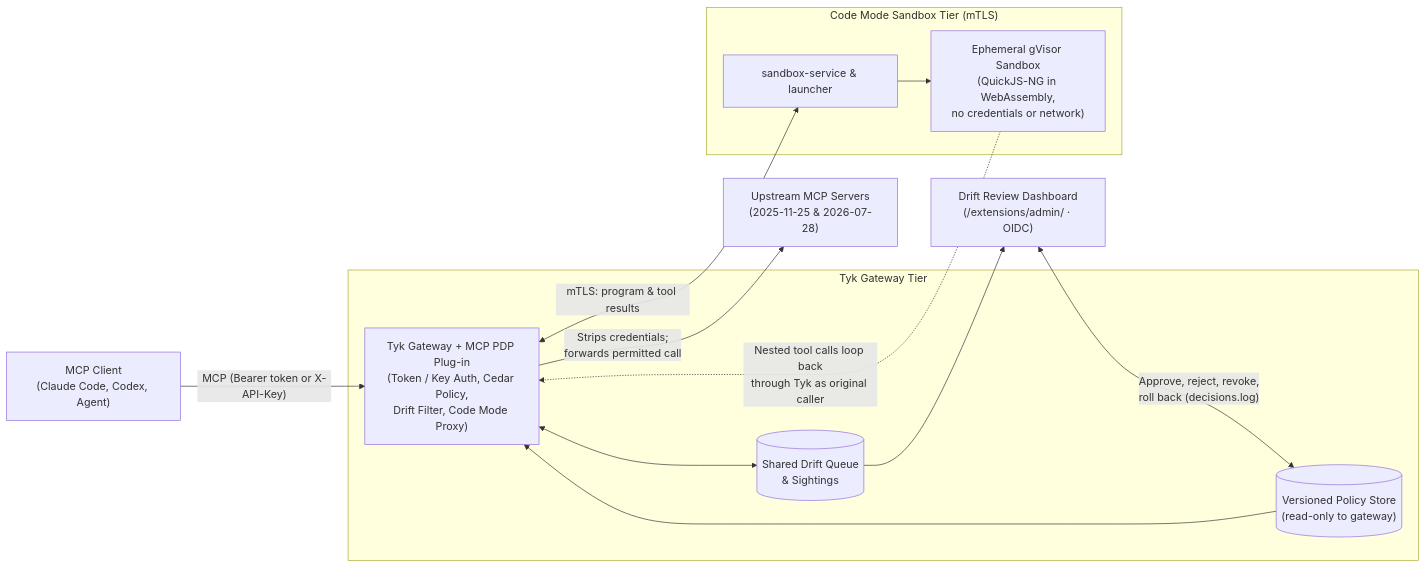
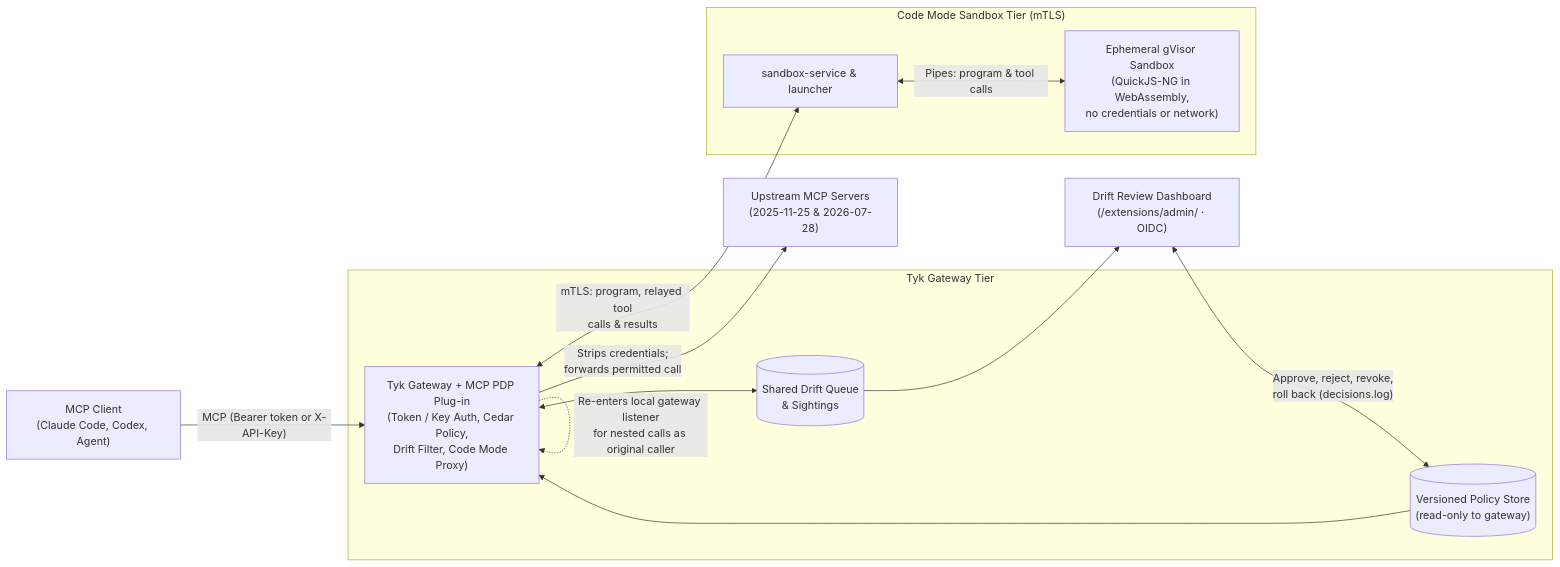
The diagram in README.md (chrisbennight/tyk-plus-plugins), drawn with Mermaid before and after one commit. The commit also changed other lines of this file, not shown here.

First line of the commit message:
Clarify drift pruning scope, CLI vs. dashboard review, and Code Mode flow in README

````diff
--- a/README.md
+++ b/README.md
@@ -60,25 +60,25 @@
 ```mermaid
 flowchart LR
   Client["MCP Client<br/>(Claude Code, Codex, Agent)"]
   subgraph GatewayTier["Tyk Gateway Tier"]
     Tyk["Tyk Gateway + MCP PDP Plug-in<br/>(Token / Key Auth, Cedar Policy,<br/>Drift Filter, Code Mode Proxy)"]
     Store[("Versioned Policy Store<br/>(read-only to gateway)")]
     Pending[("Shared Drift Queue<br/>& Sightings")]
   end
   Admin["Drift Review Dashboard<br/>(/extensions/admin/ · OIDC)"]
   subgraph SandboxTier["Code Mode Sandbox Tier (mTLS)"]
     Service["sandbox-service & launcher"]
     Worker["Ephemeral gVisor Sandbox<br/>(QuickJS-NG in WebAssembly,<br/>no credentials or network)"]
   end
   Upstream["Upstream MCP Servers<br/>(2025-11-25 & 2026-07-28)"]
 
   Client -->|"MCP (Bearer token or X-API-Key)"| Tyk
   Tyk -->|"Strips credentials;<br/>forwards permitted call"| Upstream
-  Tyk <-->|"mTLS: program & tool results"| Service
-  Service --> Worker
-  Worker -.->|"Nested tool calls loop back<br/>through Tyk as original caller"| Tyk
+  Tyk <-->|"mTLS: program, relayed tool<br/>calls & results"| Service
+  Service <-->|"Pipes: program & tool calls"| Worker
+  Tyk -.->|"Re-enters local gateway listener<br/>for nested calls as original caller"| Tyk
   Store --> Tyk
   Tyk <--> Pending
   Admin <-->|"Approve, reject, revoke,<br/>roll back (decisions.log)"| Store
   Pending --> Admin
 ```
````
